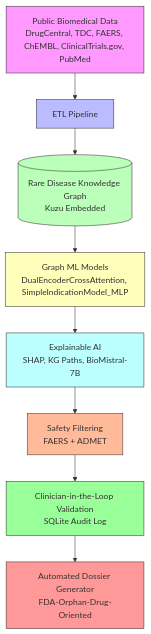
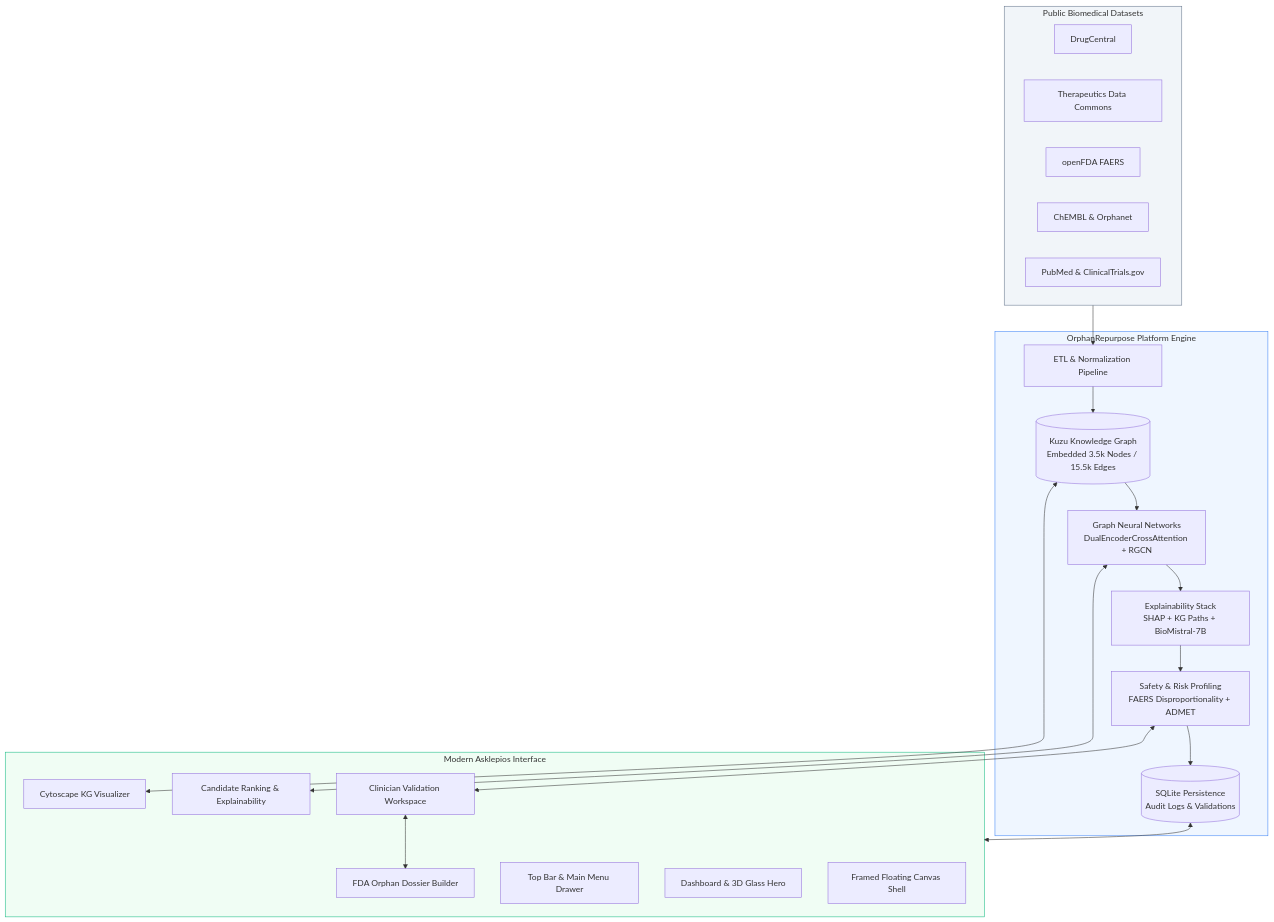
The diagram in README.md (somenathjana21-ops/orphan-repurpose), drawn with Mermaid before and after one commit. The commit also changed other lines of this file, not shown here.

Commit message:
docs: update README with Asklepios modern UI design, updated architecture, and setup instructions

````diff
--- a/README.md
+++ b/README.md
@@ -117,18 +150,46 @@
 ```mermaid
 flowchart TD
-    A[Public Biomedical Data<br/>DrugCentral, TDC, FAERS, ChEMBL, ClinicalTrials.gov, PubMed] --> B[ETL Pipeline]
-    B --> C[(Rare Disease Knowledge Graph<br/>Kuzu Embedded)]
-    C --> D[Graph ML Models<br/>DualEncoderCrossAttention, SimpleIndicationModel_MLP]
-    D --> E[Explainable AI<br/>SHAP, KG Paths, BioMistral-7B]
-    E --> F[Safety Filtering<br/>FAERS + ADMET]
-    F --> G[Clinician-in-the-Loop Validation<br/>SQLite Audit Log]
-    G --> H[Automated Dossier Generator<br/>FDA-Orphan-Drug-Oriented]
-    style A fill:#f9f,stroke:#333,stroke-width:1px
-    style B fill:#bbf,stroke:#333,stroke-width:1px
-    style C fill:#bfb,stroke:#333,stroke-width:1px
-    style D fill:#ffb,stroke:#333,stroke-width:1px
-    style E fill:#bff,stroke:#333,stroke-width:1px
-    style F fill:#fb9,stroke:#333,stroke-width:1px
-    style G fill:#9f9,stroke:#333,stroke-width:1px
-    style H fill:#f99,stroke:#333,stroke-width:1px
+    subgraph DataSources["Public Biomedical Datasets"]
+        DS1[DrugCentral]
+        DS2[Therapeutics Data Commons]
+        DS3[openFDA FAERS]
+        DS4[ChEMBL & Orphanet]
+        DS5[PubMed & ClinicalTrials.gov]
+    end
+
+    subgraph CoreEngine["OrphanRepurpose Platform Engine"]
+        ETL[ETL & Normalization Pipeline]
+        KG[(Kuzu Knowledge Graph<br/>Embedded 3.5k Nodes / 15.5k Edges)]
+        GNN[Graph Neural Networks<br/>DualEncoderCrossAttention + RGCN]
+        XAI[Explainability Stack<br/>SHAP + KG Paths + BioMistral-7B]
+        Safety[Safety & Risk Profiling<br/>FAERS Disproportionality + ADMET]
+        Audit[(SQLite Persistence<br/>Audit Logs & Validations)]
+    end
+
+    subgraph Frontend["Modern Asklepios Interface"]
+        Frame[Framed Floating Canvas Shell]
+        Nav[Top Bar & Main Menu Drawer]
+        Dash[Dashboard & 3D Glass Hero]
+        KGViz[Cytoscape KG Visualizer]
+        Cand[Candidate Ranking & Explainability]
+        Review[Clinician Validation Workspace]
+        Dossier[FDA Orphan Dossier Builder]
+    end
+
+    DataSources --> ETL
+    ETL --> KG
+    KG --> GNN
+    GNN --> XAI
+    XAI --> Safety
+    Safety --> Audit
+    
+    Audit <--> Frontend
+    KG <--> KGViz
+    GNN <--> Cand
+    Safety <--> Review
+    Review <--> Dossier
+
+    style DataSources fill:#f1f5f9,stroke:#64748b,stroke-width:1px
+    style CoreEngine fill:#eff6ff,stroke:#3b82f6,stroke-width:1px
+    style Frontend fill:#f0fdf4,stroke:#10b981,stroke-width:1px
 ```
````
